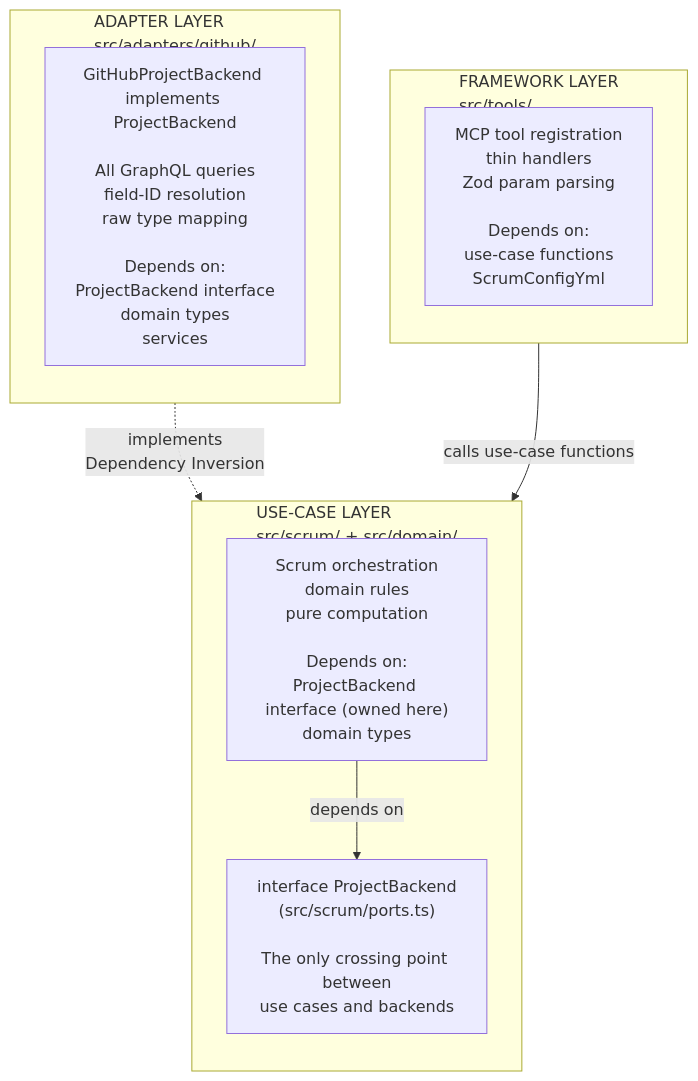
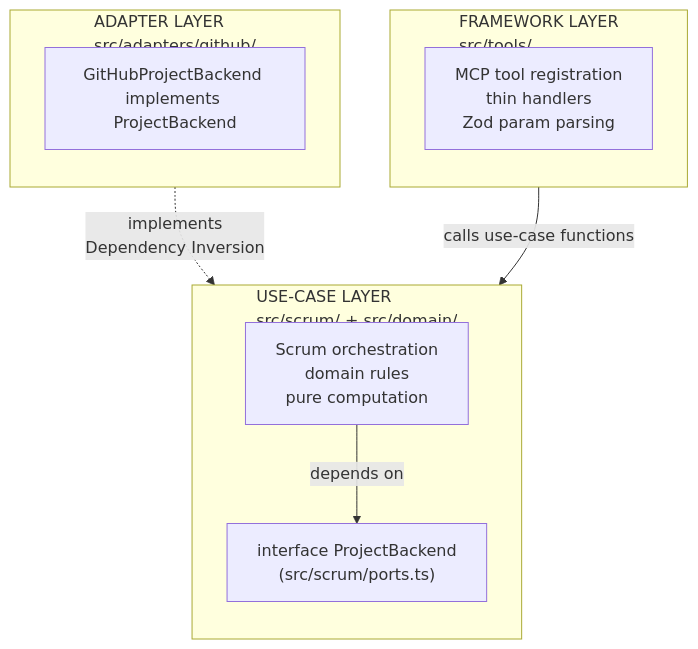
One commit to hoonsubin/github-projects-mcp-server changed the diagram in tasks/REFACTORING.md. Above: the diagram before and after it, drawn with Mermaid. The commit also changed other lines of this file and 3 other files, not shown here.

````diff
--- a/tasks/REFACTORING.md
+++ b/tasks/REFACTORING.md
@@ -51,24 +35,23 @@
 ```mermaid
 flowchart TD
 
   subgraph Framework["FRAMEWORK LAYER<br/>src/tools/"]
     direction TB
-    FW["MCP tool registration<br/>thin handlers<br/>Zod param parsing<br/><br/>Depends on:<br/>use-case functions<br/>ScrumConfigYml"]
+    FW["MCP tool registration<br/>thin handlers<br/>Zod param parsing"]
   end
 
   subgraph UseCase["USE-CASE LAYER<br/>src/scrum/ + src/domain/"]
     direction TB
-    UC["Scrum orchestration<br/>domain rules<br/>pure computation<br/><br/>Depends on:<br/>ProjectBackend interface (owned here)<br/>domain types"]
-
-    PB["interface ProjectBackend<br/>(src/scrum/ports.ts)<br/><br/>The only crossing point between<br/>use cases and backends"]
+    UC["Scrum orchestration<br/>domain rules<br/>pure computation"]
+    PB["interface ProjectBackend<br/>(src/scrum/ports.ts)"]
   end
 
   subgraph Adapter["ADAPTER LAYER<br/>src/adapters/github/"]
     direction TB
-    AD["GitHubProjectBackend implements ProjectBackend<br/><br/>All GraphQL queries<br/>field-ID resolution<br/>raw type mapping<br/><br/>Depends on:<br/>ProjectBackend interface<br/>domain types<br/>services"]
+    AD["GitHubProjectBackend implements ProjectBackend"]
   end
 
   FW -->|calls use-case functions| UC
   UC -->|depends on| PB
   AD -.->|implements<br/>Dependency Inversion| PB
 ```
````
